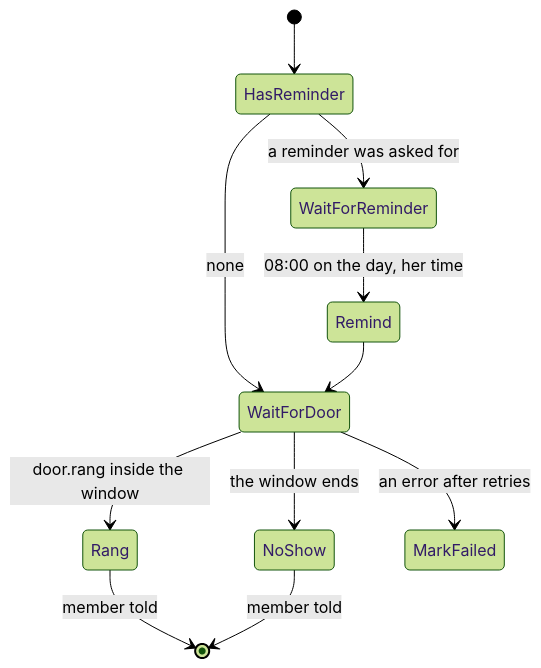
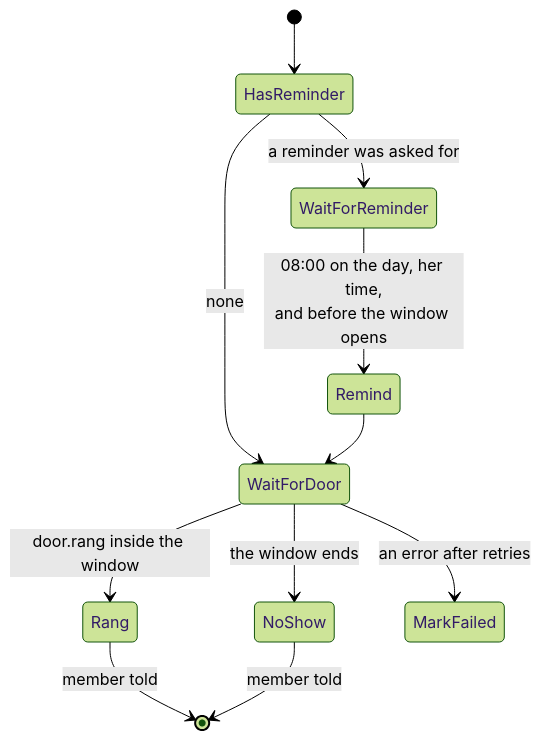
Before and after one commit to rogerjeasy/wick: diagram 13 of 14 in docs/WICK-TECHNICAL.md, drawn with Mermaid (forest theme). The commit also changed other lines of this file and 1 other file, not shown here.

Commit message:
docs: a ring is a press of the bell, the reminder comes before the window, 6,426 tests

````diff
--- a/docs/WICK-TECHNICAL.md
+++ b/docs/WICK-TECHNICAL.md
@@ -1021,13 +1021,13 @@
 ```mermaid
 stateDiagram-v2
     [*] --> HasReminder
     HasReminder --> WaitForReminder: a reminder was asked for
     HasReminder --> WaitForDoor: none
-    WaitForReminder --> Remind: 08:00 on the day, her time
+    WaitForReminder --> Remind: 08:00 on the day, her time,<br/>and before the window opens
     Remind --> WaitForDoor
     WaitForDoor --> Rang: door.rang inside the window
     WaitForDoor --> NoShow: the window ends
     Rang --> [*]: member told
     NoShow --> [*]: member told
     WaitForDoor --> MarkFailed: an error after retries
 ```
````
